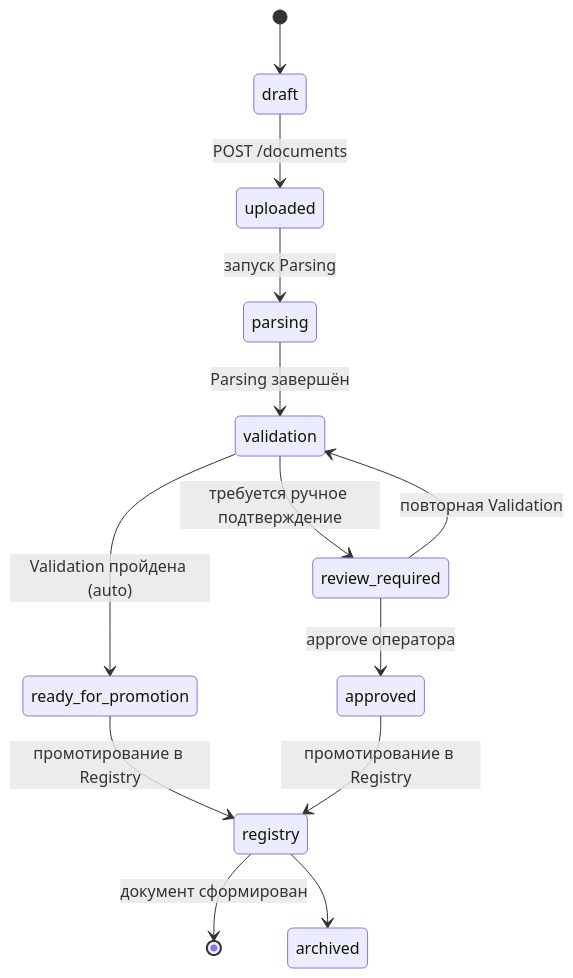
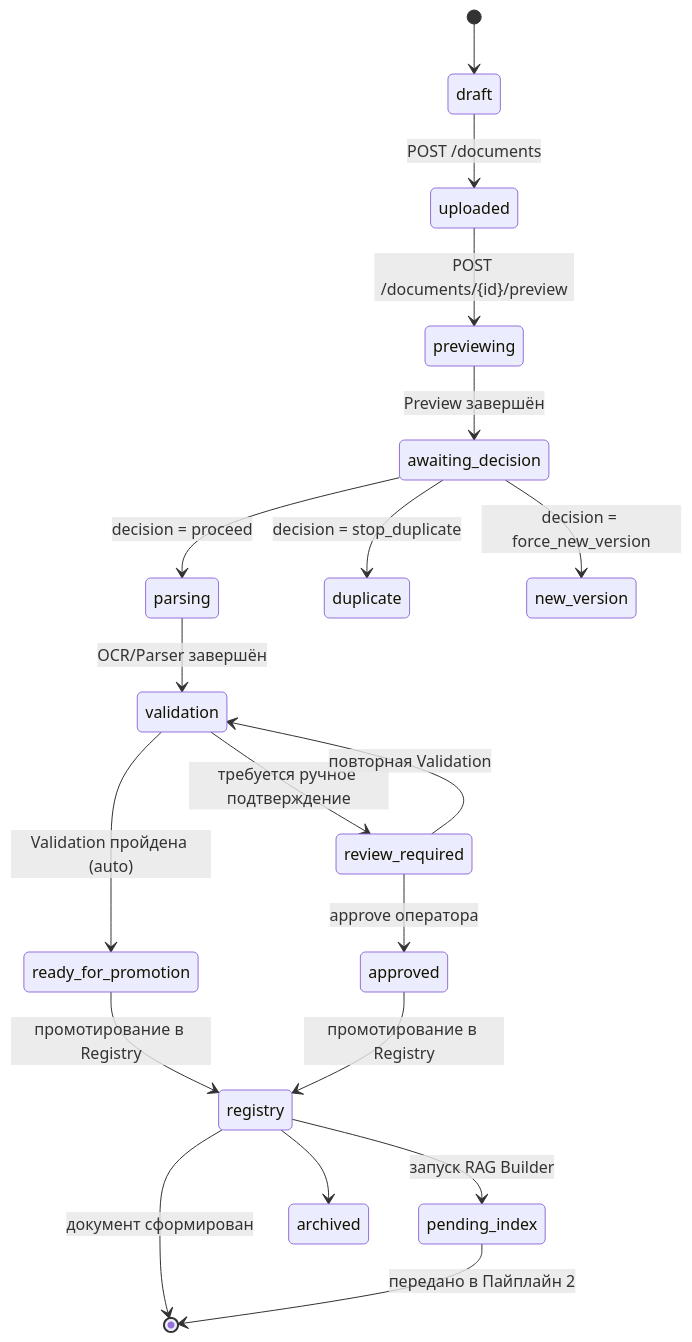
The second of 3 diagrams in docs/pipelines/pipeline1-formation.md (MasterKSAF/PKB), drawn with Mermaid before and after one commit. The commit also changed other lines of this file and 23 other files, not shown here.

````diff
--- a/docs/pipelines/pipeline1-formation.md
+++ b/docs/pipelines/pipeline1-formation.md
@@ -218,16 +239,22 @@
 ```mermaid
 stateDiagram-v2
     [*] --> draft
     draft --> uploaded : POST /documents
-    uploaded --> parsing : запуск Parsing
-    parsing --> validation : Parsing завершён
+    uploaded --> previewing : POST /documents/{id}/preview
+    previewing --> awaiting_decision : Preview завершён
+    awaiting_decision --> parsing : decision = proceed
+    awaiting_decision --> duplicate : decision = stop_duplicate
+    awaiting_decision --> new_version : decision = force_new_version
+    parsing --> validation : OCR/Parser завершён
     validation --> ready_for_promotion : Validation пройдена (auto)
     validation --> review_required : требуется ручное подтверждение
     review_required --> validation : повторная Validation
     review_required --> approved : approve оператора
     ready_for_promotion --> registry : промотирование в Registry
     approved --> registry : промотирование в Registry
+    registry --> pending_index : запуск RAG Builder
     
     registry --> [*] : документ сформирован
     registry --> archived
+    pending_index --> [*] : передано в Пайплайн 2
 ```
````
